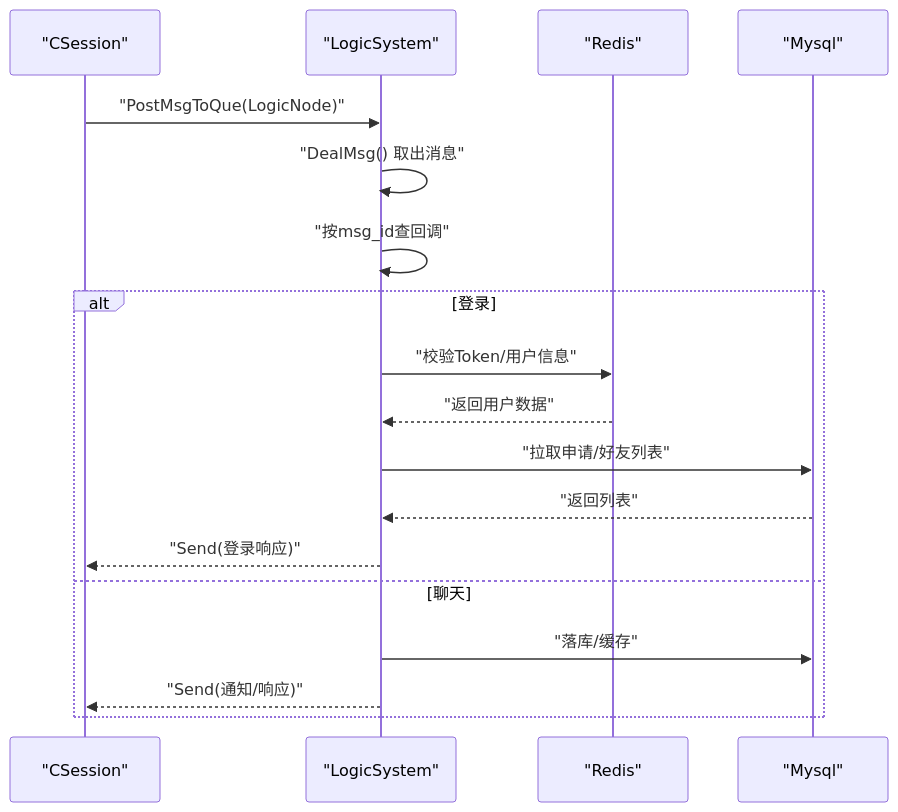
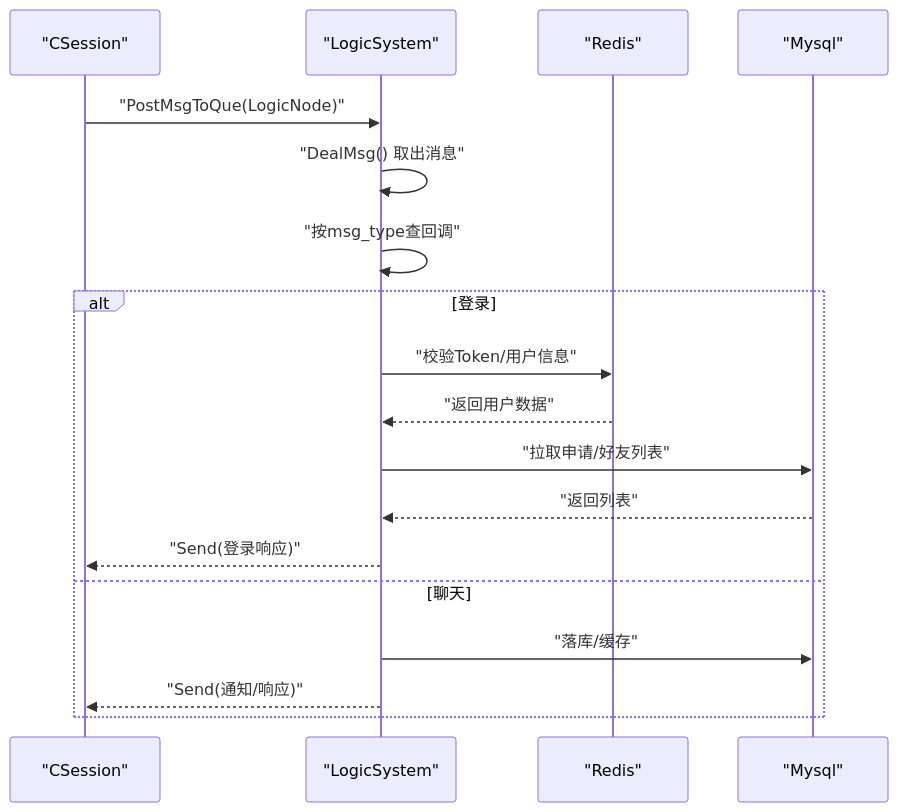
Before and after one commit to echo9923/mychatter: the fifth of 6 diagrams in .qoder/repowiki/zh/content/核心功能模块/聊天消息系统/实时消息同步.md, drawn with Mermaid. The commit also changed other lines of this file and 128 other files, not shown here.

````diff
--- a/.qoder/repowiki/zh/content/核心功能模块/聊天消息系统/实时消息同步.md
+++ b/.qoder/repowiki/zh/content/核心功能模块/聊天消息系统/实时消息同步.md
@@ -219,20 +219,20 @@
 ```mermaid
 sequenceDiagram
 participant Sess as "CSession"
 participant L as "LogicSystem"
 participant R as "Redis"
 participant M as "Mysql"
 Sess->>L : "PostMsgToQue(LogicNode)"
 L->>L : "DealMsg() 取出消息"
-L->>L : "按msg_id查回调"
+L->>L : "按msg_type查回调"
 alt 登录
 L->>R : "校验Token/用户信息"
 R-->>L : "返回用户数据"
 L->>M : "拉取申请/好友列表"
 M-->>L : "返回列表"
 L-->>Sess : "Send(登录响应)"
 else 聊天
 L->>M : "落库/缓存"
 L-->>Sess : "Send(通知/响应)"
 end
 ```
````
